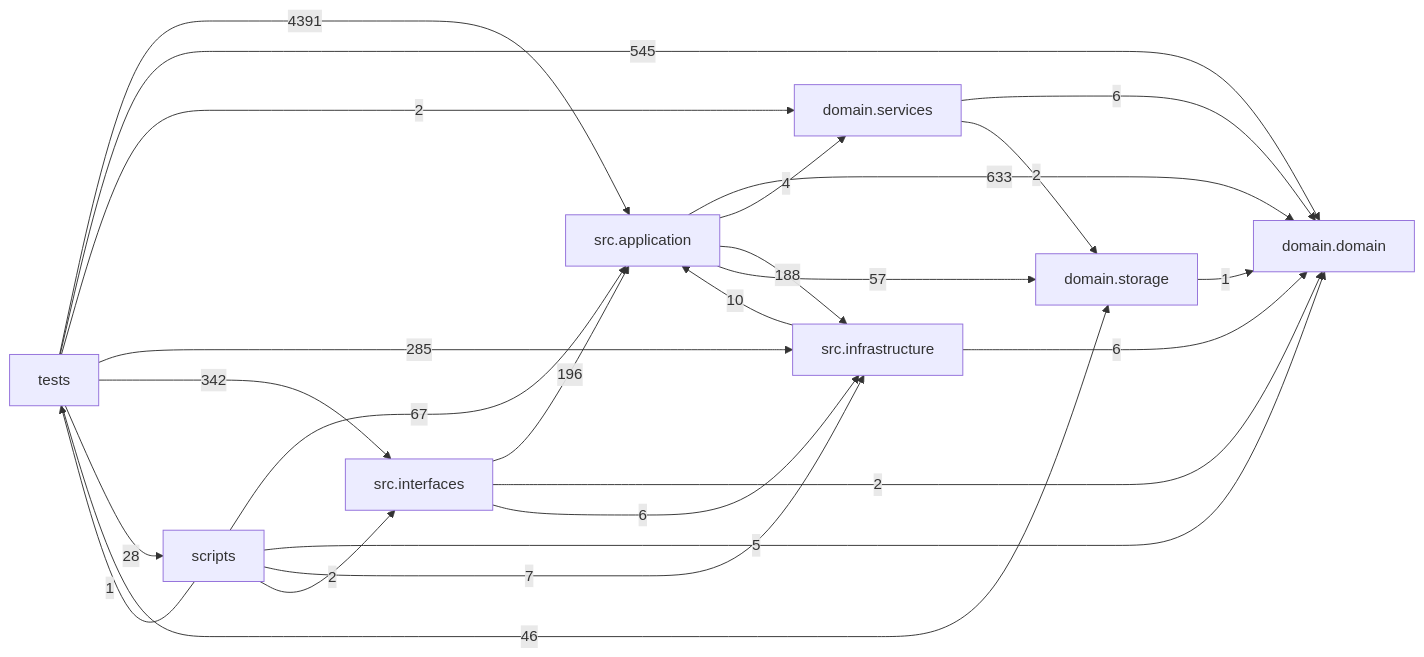
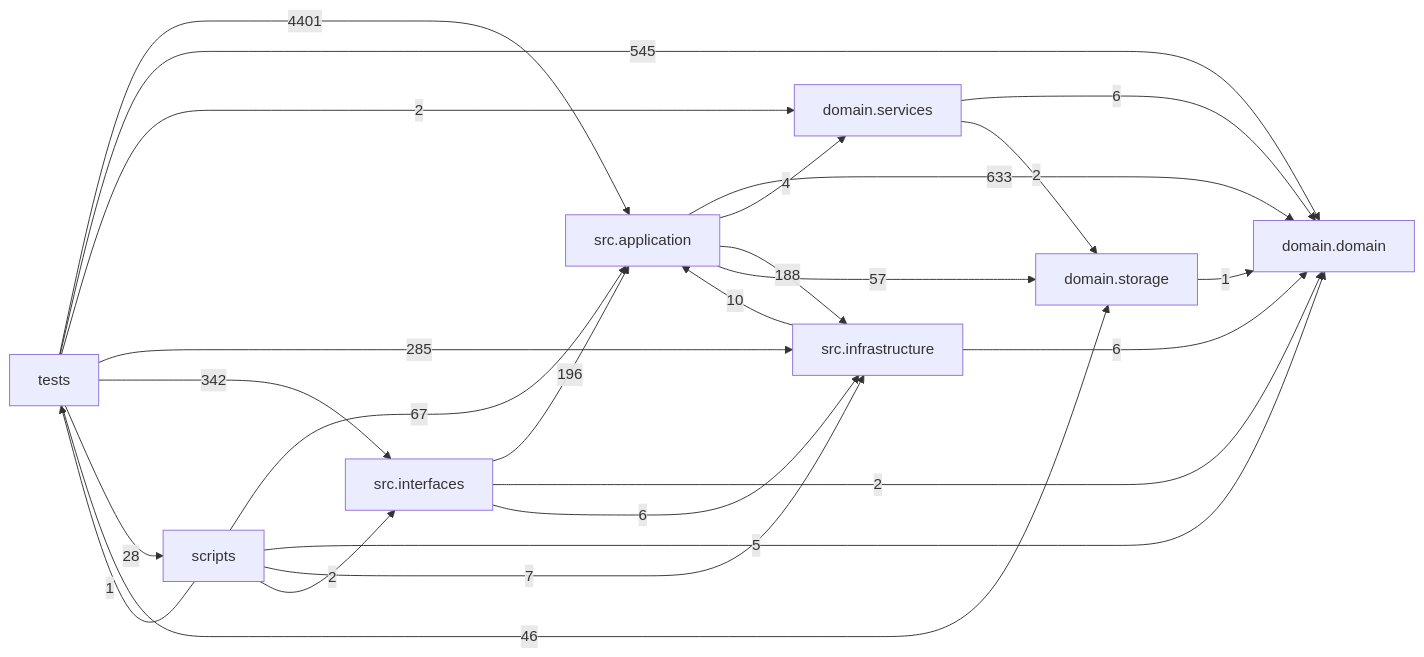
One commit to liuxie066/options-monitor changed the diagram in docs/DEPENDENCY_GRAPH.md. Above: the diagram before and after it, drawn with Mermaid. The commit also changed other lines of this file and 2 other files, not shown here.

````diff
--- a/docs/DEPENDENCY_GRAPH.md
+++ b/docs/DEPENDENCY_GRAPH.md
@@ -24,35 +24,35 @@
 ```mermaid
 flowchart LR
   tests["tests"]
   scripts["scripts"]
   interfaces["src.interfaces"]
   application["src.application"]
   infrastructure["src.infrastructure"]
   domain_services["domain.services"]
   domain["domain.domain"]
   storage["domain.storage"]
   application -->|633| domain
   application -->|4| domain_services
   application -->|188| infrastructure
   application -->|57| storage
   domain_services -->|6| domain
   domain_services -->|2| storage
   infrastructure -->|10| application
   infrastructure -->|6| domain
   interfaces -->|196| application
   interfaces -->|2| domain
   interfaces -->|6| infrastructure
   scripts -->|67| application
   scripts -->|5| domain
   scripts -->|7| infrastructure
   scripts -->|2| interfaces
   scripts -->|1| tests
   storage -->|1| domain
-  tests -->|4391| application
+  tests -->|4401| application
   tests -->|545| domain
   tests -->|2| domain_services
   tests -->|285| infrastructure
   tests -->|342| interfaces
   tests -->|28| scripts
   tests -->|46| storage
 ```
````
